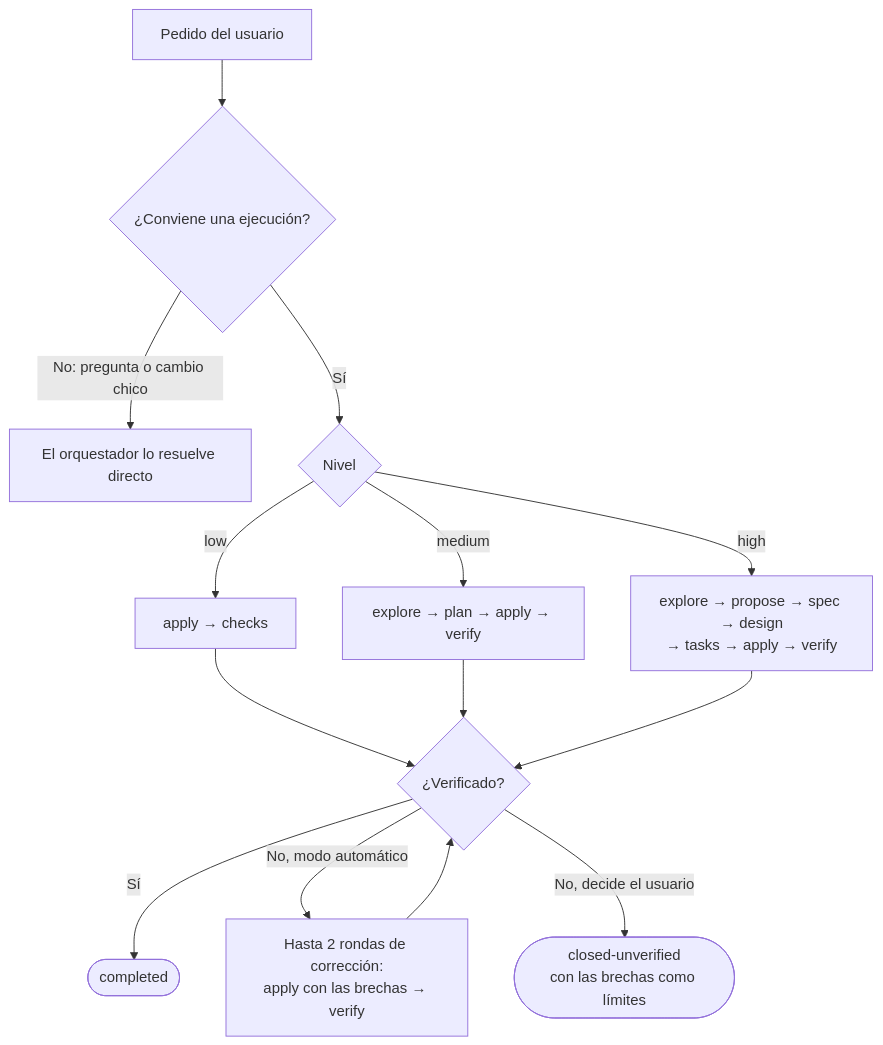
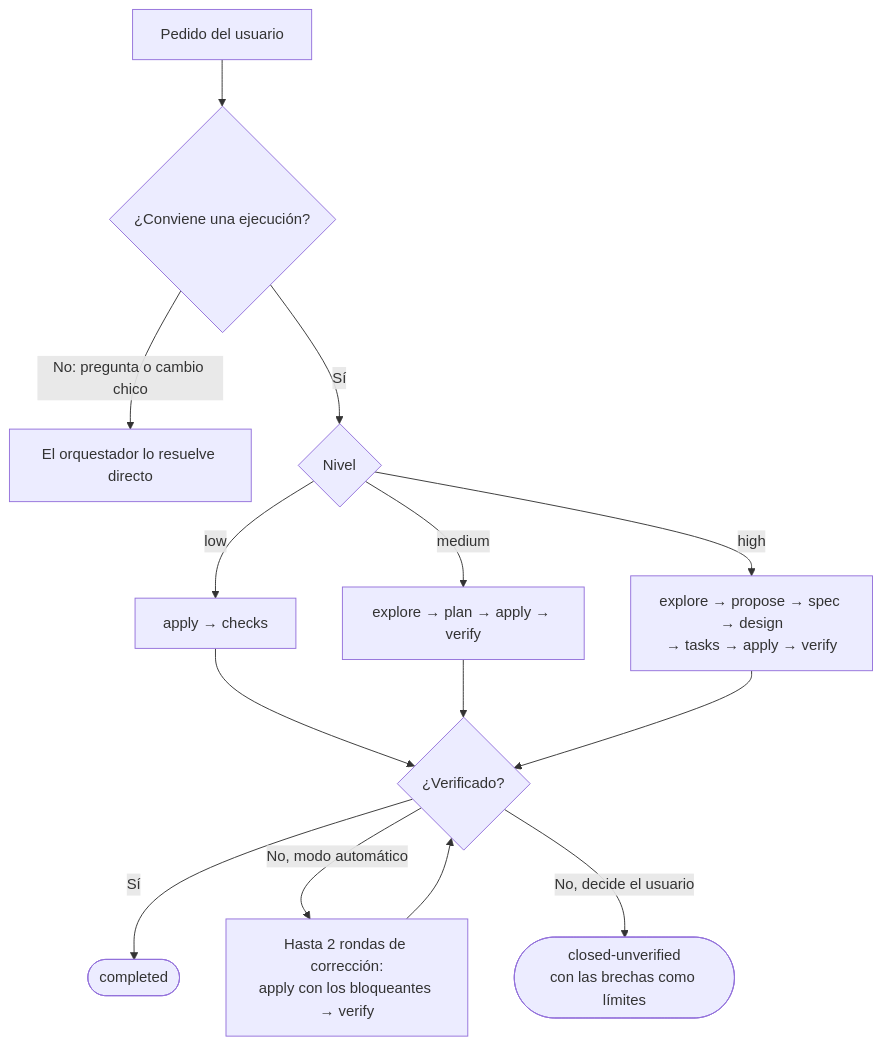
The second of 2 diagrams in docs/architecture.md (vancinis/mdd-orchestrator), drawn with Mermaid before and after one commit. The commit also changed other lines of this file and 4 other files, not shown here.

````diff
--- a/docs/architecture.md
+++ b/docs/architecture.md
@@ -88,16 +88,16 @@
 ```mermaid
 flowchart TD
   REQ["Pedido del usuario"] --> DEC{"¿Conviene una ejecución?"}
   DEC -- "No: pregunta o cambio chico" --> DIRECT["El orquestador lo resuelve directo"]
   DEC -- Sí --> LVL{"Nivel"}
   LVL -- low --> L["apply → checks"]
   LVL -- medium --> M["explore → plan → apply → verify"]
   LVL -- high --> H["explore → propose → spec → design<br/>→ tasks → apply → verify"]
   L --> V{"¿Verificado?"}
   M --> V
   H --> V
   V -- Sí --> OK(["completed"])
-  V -- "No, modo automático" --> FIX["Hasta 2 rondas de corrección:<br/>apply con las brechas → verify"]
+  V -- "No, modo automático" --> FIX["Hasta 2 rondas de corrección:<br/>apply con los bloqueantes → verify"]
   FIX --> V
   V -- "No, decide el usuario" --> CU(["closed-unverified<br/>con las brechas como límites"])
 ```
````
